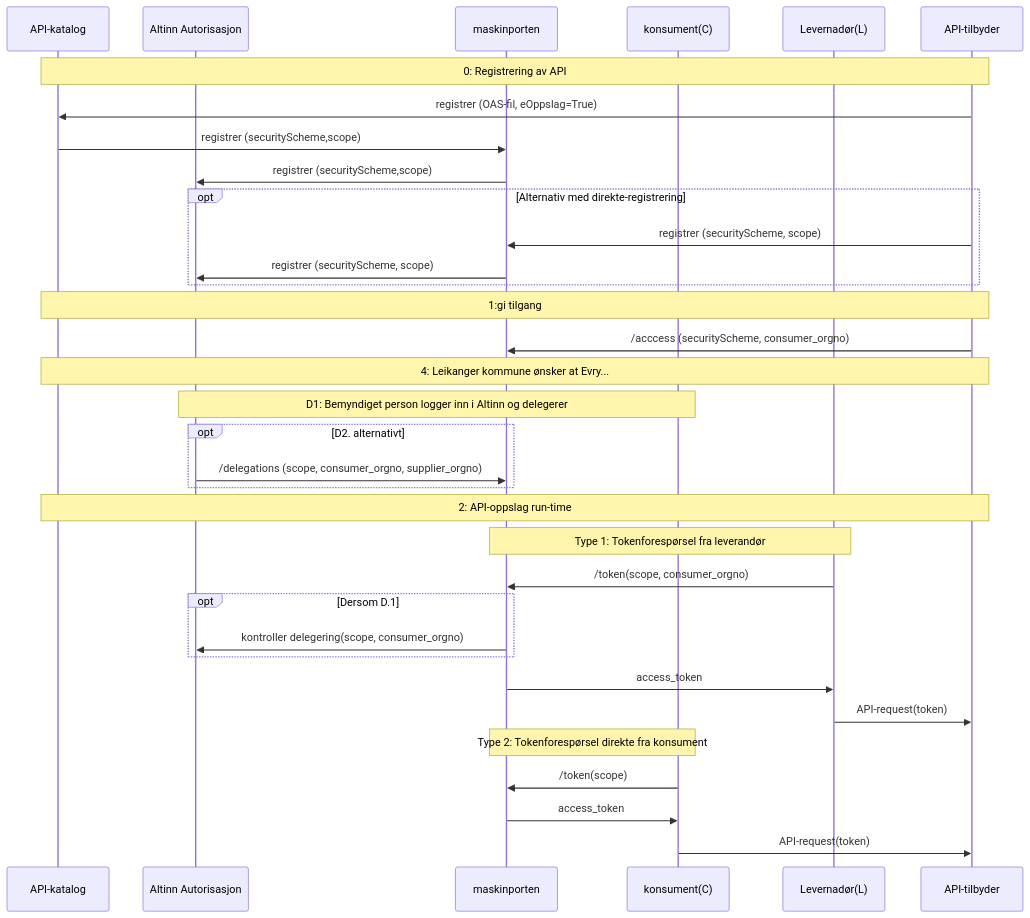
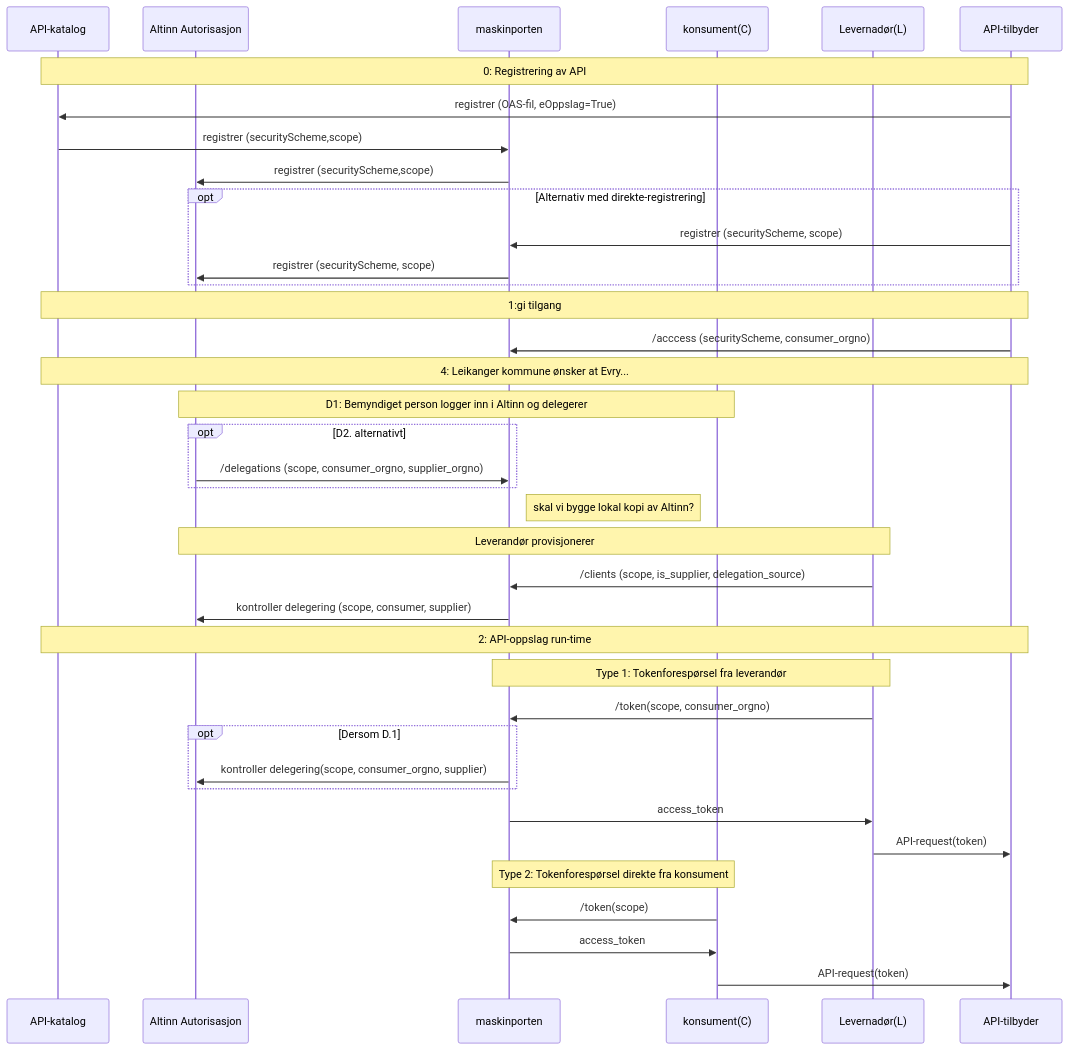
One commit to joergenb/oauth2-veileder changed the diagram in pages/eoppslag/eoppslag_sbb_oauth2_scopes.md. Above: the diagram before and after it, drawn with Mermaid.

Commit message:
litt uklarheter identifisert ang. delegering og provisjonering

```diff
--- a/pages/eoppslag/eoppslag_sbb_oauth2_scopes.md
+++ b/pages/eoppslag/eoppslag_sbb_oauth2_scopes.md
@@ -95,45 +95,49 @@
 <div class="mermaid">
 sequenceDiagram
 
   participant AP as API-katalog
   participant AA as Altinn Autorisasjon
   participant MP AS maskinporten
   participant C AS konsument(C)
   participant L AS Levernadør(L)
   participant A as API-tilbyder
 
   note over AP,A: 0: Registrering av API   
   A->>AP: registrer (OAS-fil, eOppslag=True)
   AP->>MP: registrer (securityScheme,scope)
   MP->>AA: registrer (securityScheme,scope)
 
   opt Alternativ med direkte-registrering
    A->>MP: registrer (securityScheme, scope)
    MP->>AA: registrer (securityScheme, scope)
   end
 
   note over AP,A: 1:gi tilgang
   A->>MP: /acccess (securityScheme, consumer_orgno)
 
   note over AP,A: 4: Leikanger kommune ønsker at Evry...
   note over AA,C: D1: Bemyndiget person logger inn i Altinn og delegerer
   opt D2. alternativt
   AA->>MP: /delegations (scope, consumer_orgno, supplier_orgno)
   end
+  note right of MP: skal vi bygge lokal kopi av Altinn? 
+  note over AA,L: Leverandør provisjonerer
+  L->>MP: /clients (scope, is_supplier, delegation_source)
+  MP->>AA: kontroller delegering (scope, consumer, supplier)
 
   note over AP,A: 2: API-oppslag run-time
 
   note over L,MP: Type 1: Tokenforespørsel fra leverandør
   L->>MP: /token(scope, consumer_orgno)
   opt Dersom D.1
-    MP->>AA: kontroller delegering(scope, consumer_orgno)
+    MP->>AA: kontroller delegering(scope, consumer_orgno, supplier)
   end
   MP->>L: access_token
   L->>A: API-request(token)
 
   note over C,MP: Type 2: Tokenforespørsel direkte fra konsument
   C->>MP: /token(scope)
   MP->>C: access_token
   C->>A: API-request(token)
 
   </div>
```
